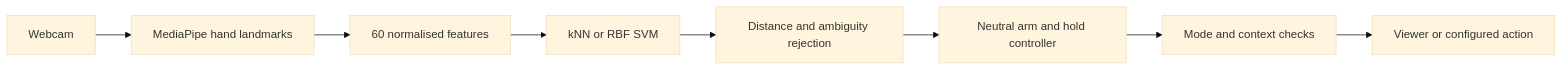
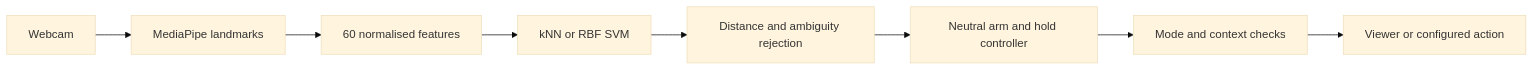
Before and after one commit to Chi944/GestureForge: the diagram in README.md, drawn with Mermaid (base theme). The commit also changed other lines of this file and 11 other files, not shown here.

````diff
--- a/README.md
+++ b/README.md
@@ -163,10 +112,10 @@
 ```mermaid
 flowchart LR
-    A[Webcam] --> B[MediaPipe hand landmarks]
+    A[Webcam] --> B[MediaPipe landmarks]
     B --> C[60 normalised features]
     C --> D[kNN or RBF SVM]
     D --> E[Distance and ambiguity rejection]
     E --> F[Neutral arm and hold controller]
     F --> G[Mode and context checks]
     G --> H[Viewer or configured action]
 ```
````
